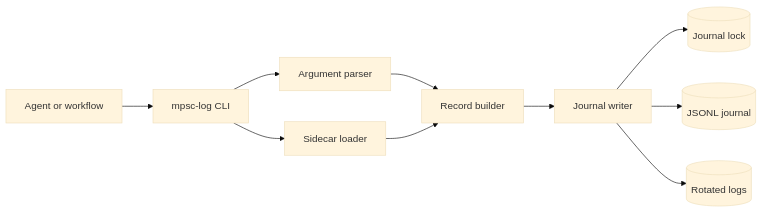
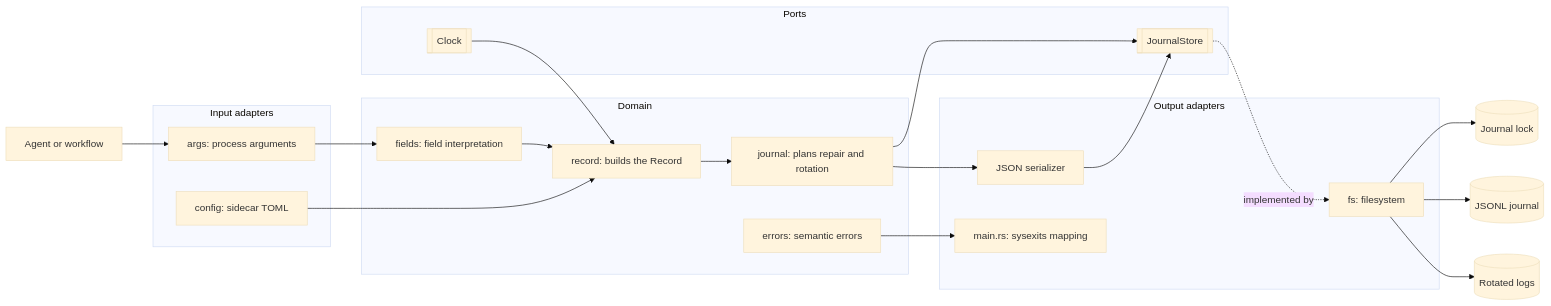
The first of 2 diagrams in docs/mpsc-log-design.md (leynos/mpsc-log), drawn with Mermaid (base theme) before and after one commit. The commit also changed other lines of this file, not shown here.

Commit message:
Show the port and adapter boundary in the topology diagram
The architecture prose, module table, and ADR already described the domain,
its `Record` and `Value` types, and the `Clock` and `JournalStore` ports, but
Figure 1 still drew the earlier topology: CLI to argument parser and sidecar
loader, into a record builder, into a journal writer. A reader of the
architecture section saw no domain, port, or adapter boundary in the diagram.

Redraw Figure 1 with input adapters, the domain, the ports, and the output
adapters as separate groups, showing the domain reaching the outside world
only through `Clock` and `JournalStore`, the filesystem adapter implementing
`JournalStore`, and `main.rs` owning the `sysexits` mapping. Extend the
caption to state the boundary in prose.

````diff
--- a/docs/mpsc-log-design.md
+++ b/docs/mpsc-log-design.md
@@ -122,12 +122,42 @@
 ```mermaid
 flowchart LR
-    Agent[Agent or workflow] --> CLI[mpsc-log CLI]
-    CLI --> Parser[Argument parser]
-    CLI --> Config[Sidecar loader]
-    Parser --> Builder[Record builder]
-    Config --> Builder
-    Builder --> Writer[Journal writer]
-    Writer --> Lock[(Journal lock)]
-    Writer --> Journal[(JSONL journal)]
-    Writer --> Rotated[(Rotated logs)]
+    Agent[Agent or workflow]
+
+    subgraph inbound [Input adapters]
+        Args[args: process arguments]
+        Cfg[config: sidecar TOML]
+    end
+
+    subgraph core [Domain]
+        Fields[fields: field interpretation]
+        Rec[record: builds the Record]
+        Jnl[journal: plans repair and rotation]
+        Errs[errors: semantic errors]
+    end
+
+    subgraph ports [Ports]
+        Clk[[Clock]]
+        Store[[JournalStore]]
+    end
+
+    subgraph outbound [Output adapters]
+        Json[JSON serializer]
+        Fs[fs: filesystem]
+        Exit[main.rs: sysexits mapping]
+    end
+
+    Agent --> Args
+    Args --> Fields
+    Cfg --> Rec
+    Fields --> Rec
+    Clk --> Rec
+    Rec --> Jnl
+    Jnl --> Json
+    Json --> Store
+    Jnl --> Store
+    Errs --> Exit
+    Store -. implemented by .-> Fs
+    Fs --> Lock[(Journal lock)]
+    Fs --> JournalFile[(JSONL journal)]
+    Fs --> Rotated[(Rotated logs)]
 ```
````
